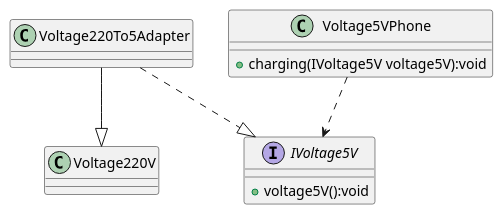
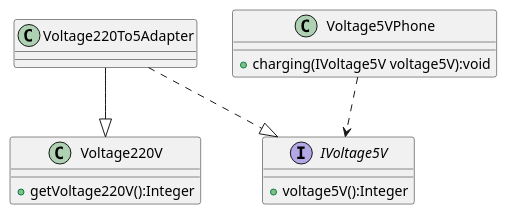
The diagram in design-pattern/src/main/java/wr1ttenyu/f1nal/study/designpattern/pattern23/adapter/classadapter/classAdapter.puml (wr1ttenyu/f1nal), drawn with PlantUML before and after one commit. The commit also changed 13 other files, not shown here.

```diff
--- a/design-pattern/src/main/java/wr1ttenyu/f1nal/study/designpattern/pattern23/adapter/classadapter/classAdapter.puml
+++ b/design-pattern/src/main/java/wr1ttenyu/f1nal/study/designpattern/pattern23/adapter/classadapter/classAdapter.puml
@@ -1,21 +1,25 @@
 @startuml
 
 class Voltage220V
 class Voltage220To5Adapter
 interface IVoltage5V
 class Voltage5VPhone
 
 Voltage220To5Adapter --|> Voltage220V
 Voltage220To5Adapter ..|> IVoltage5V
 
 Voltage5VPhone ..> IVoltage5V
 
+class Voltage220V {
+    +getVoltage220V():Integer
+}
+
 class Voltage5VPhone {
     +charging(IVoltage5V voltage5V):void
 }
 
 interface IVoltage5V {
-    +voltage5V():void
+    +voltage5V():Integer
 }
 
 @enduml
```
